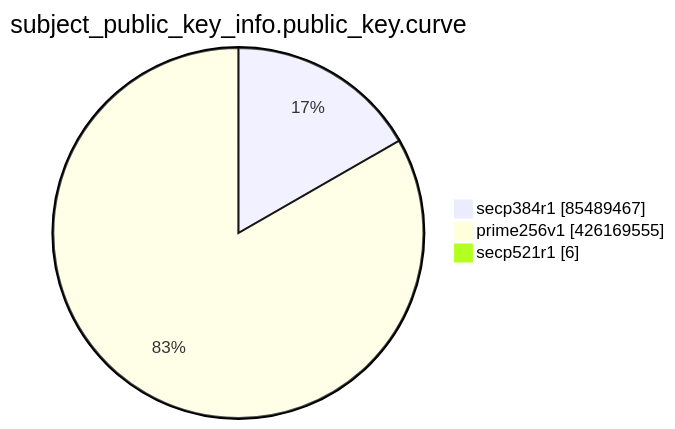
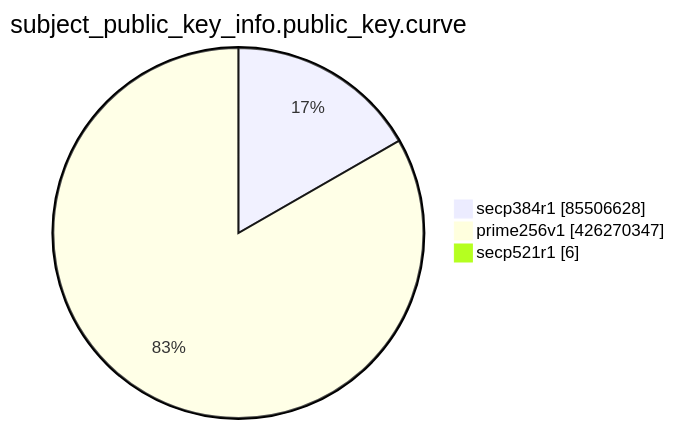
One commit to christiankrug/ctmonitor_visualization changed the eighth of 15 diagrams in TOTAL/README.md. Above: the diagram before and after it, drawn with Mermaid. The commit also changed other lines of this file, not shown here.

````diff
--- a/TOTAL/README.md
+++ b/TOTAL/README.md
@@ -3100,7 +3100,7 @@
 ```mermaid
 pie showData
 title subject_public_key_info.public_key.curve
-"secp384r1" :85489467
-"prime256v1" :426169555
+"secp384r1" :85506628
+"prime256v1" :426270347
 "secp521r1" :6
 ```
````
